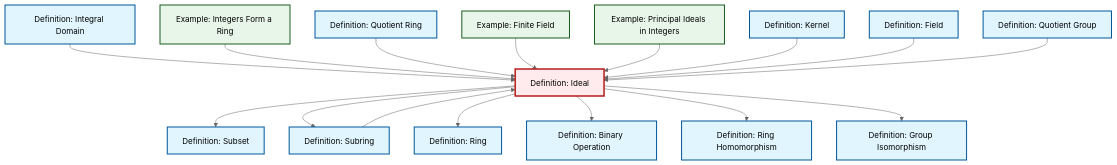
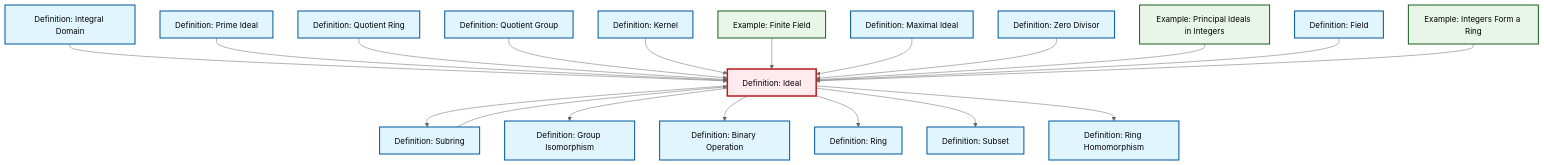
One commit to RK0429/ModernMath changed the diagram in content/en/algebra/def-ideal.qmd. Above: the diagram before and after it, drawn with Mermaid (neutral theme). The commit also changed 654 other files, not shown here.

First line of the commit message:
fix: Update cross-references to equivalence relation in quotient ring definitions

````diff
--- a/content/en/algebra/def-ideal.qmd
+++ b/content/en/algebra/def-ideal.qmd
@@ -83,54 +83,63 @@
 ```{mermaid}
 %%| fig-cap: "Local dependency graph"
 graph TD
     classDef definition fill:#e1f5fe,stroke:#01579b,stroke-width:2px
     classDef theorem fill:#f3e5f5,stroke:#4a148c,stroke-width:2px
     classDef axiom fill:#fff3e0,stroke:#e65100,stroke-width:2px
     classDef example fill:#e8f5e9,stroke:#1b5e20,stroke-width:2px
     classDef current fill:#ffebee,stroke:#b71c1c,stroke-width:3px
     def-quotient-ring["Definition: Quotient Ring"]:::definition
-    def-binary-operation["Definition: Binary Operation"]:::definition
+    def-isomorphism["Definition: Group Isomorphism"]:::definition
     def-ring-homomorphism["Definition: Ring Homomorphism"]:::definition
+    def-maximal-ideal["Definition: Maximal Ideal"]:::definition
+    def-field["Definition: Field"]:::definition
+    def-prime-ideal["Definition: Prime Ideal"]:::definition
     def-quotient-group["Definition: Quotient Group"]:::definition
     def-ring["Definition: Ring"]:::definition
     def-subset["Definition: Subset"]:::definition
+    def-ideal["Definition: Ideal"]:::definition
+    def-binary-operation["Definition: Binary Operation"]:::definition
+    def-zero-divisor["Definition: Zero Divisor"]:::definition
+    def-kernel["Definition: Kernel"]:::definition
+    ex-finite-field["Example: Finite Field"]:::example
+    def-subring["Definition: Subring"]:::definition
+    def-integral-domain["Definition: Integral Domain"]:::definition
     ex-principal-ideal["Example: Principal Ideals in Integers"]:::example
-    def-isomorphism["Definition: Group Isomorphism"]:::definition
-    def-integral-domain["Definition: Integral Domain"]:::definition
-    def-subring["Definition: Subring"]:::definition
-    ex-finite-field["Example: Finite Field"]:::example
-    def-field["Definition: Field"]:::definition
-    def-kernel["Definition: Kernel"]:::definition
     ex-integers-ring["Example: Integers Form a Ring"]:::example
-    def-ideal["Definition: Ideal"]:::definition
-    def-ideal --> def-subset
+    def-integral-domain --> def-ideal
     def-ideal --> def-subring
-    def-integral-domain --> def-ideal
-    def-ideal --> def-ring
-    ex-integers-ring --> def-ideal
+    def-ideal --> def-isomorphism
+    def-prime-ideal --> def-ideal
+    def-subring --> def-ideal
     def-quotient-ring --> def-ideal
-    def-subring --> def-ideal
+    def-quotient-group --> def-ideal
+    def-kernel --> def-ideal
     def-ideal --> def-binary-operation
     ex-finite-field --> def-ideal
+    def-ideal --> def-ring
+    def-maximal-ideal --> def-ideal
+    def-zero-divisor --> def-ideal
+    def-ideal --> def-subset
     ex-principal-ideal --> def-ideal
-    def-kernel --> def-ideal
+    def-ideal --> def-ring-homomorphism
     def-field --> def-ideal
-    def-quotient-group --> def-ideal
-    def-ideal --> def-ring-homomorphism
-    def-ideal --> def-isomorphism
+    ex-integers-ring --> def-ideal
     class def-ideal current
     click def-quotient-ring "def-quotient-ring.html" "Go to Quotient Ring definition"
-    click def-binary-operation "def-binary-operation.html" "Go to Binary Operation definition"
+    click def-isomorphism "def-isomorphism.html" "Go to Group Isomorphism definition"
     click def-ring-homomorphism "def-ring-homomorphism.html" "Go to Ring Homomorphism definition"
+    click def-maximal-ideal "def-maximal-ideal.html" "Go to Maximal Ideal definition"
+    click def-field "def-field.html" "Go to Field definition"
+    click def-prime-ideal "def-prime-ideal.html" "Go to Prime Ideal definition"
     click def-quotient-group "def-quotient-group.html" "Go to Quotient Group definition"
     click def-ring "def-ring.html" "Go to Ring definition"
     click def-subset "def-subset.html" "Go to Subset definition"
+    click def-binary-operation "def-binary-operation.html" "Go to Binary Operation definition"
+    click def-zero-divisor "def-zero-divisor.html" "Go to Zero Divisor definition"
+    click def-kernel "def-kernel.html" "Go to Kernel definition"
+    click ex-finite-field "ex-finite-field.html" "Go to Finite Field example"
+    click def-subring "def-subring.html" "Go to Subring definition"
+    click def-integral-domain "def-integral-domain.html" "Go to Integral Domain definition"
     click ex-principal-ideal "ex-principal-ideal.html" "Go to Principal Ideals in Integers example"
-    click def-isomorphism "def-isomorphism.html" "Go to Group Isomorphism definition"
-    click def-integral-domain "def-integral-domain.html" "Go to Integral Domain definition"
-    click def-subring "def-subring.html" "Go to Subring definition"
-    click ex-finite-field "ex-finite-field.html" "Go to Finite Field example"
-    click def-field "def-field.html" "Go to Field definition"
-    click def-kernel "def-kernel.html" "Go to Kernel definition"
     click ex-integers-ring "ex-integers-ring.html" "Go to Integers Form a Ring example"
 ```
````
